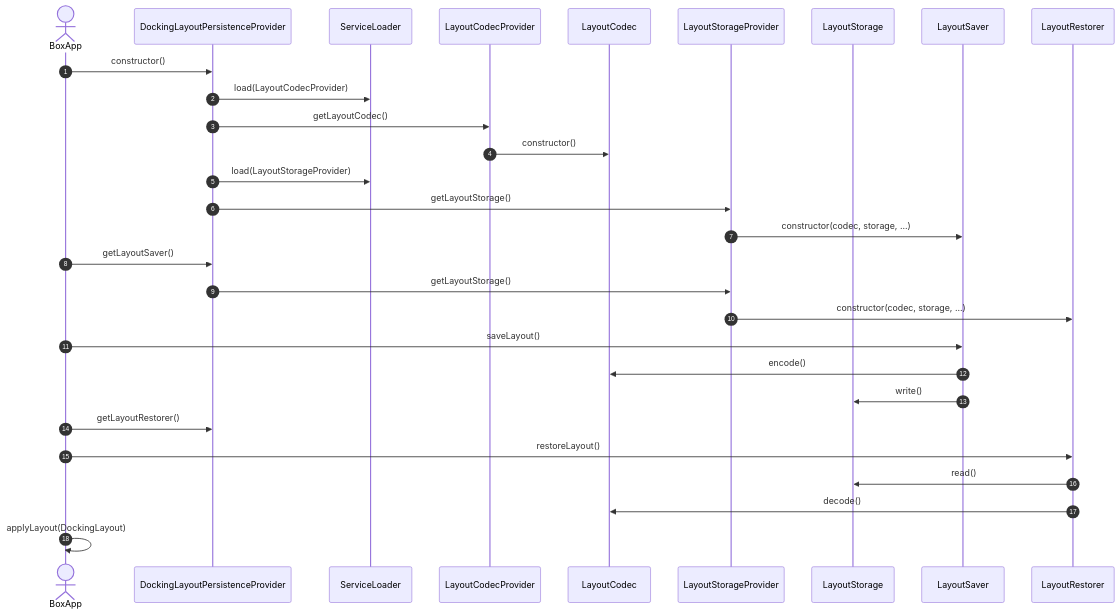
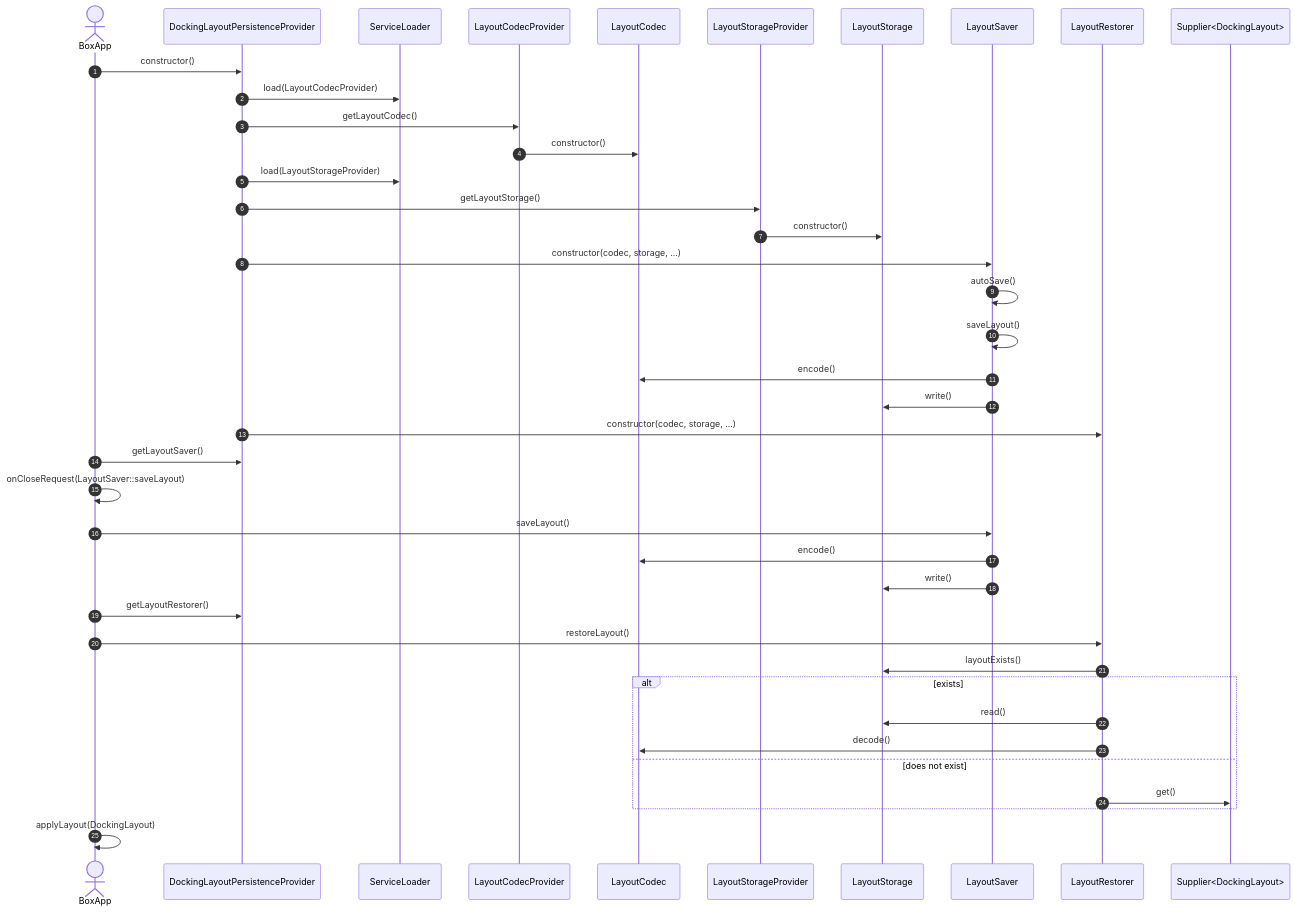
Before and after one commit to philliplbryant/BentoFX: the first of 2 diagrams in assets/docking-layout-persistence-diagrams.md, drawn with Mermaid.

Commit message:
BENTO-13: * Update design docs to indicate auto saving and restoring default layout.

````diff
--- a/assets/docking-layout-persistence-diagrams.md
+++ b/assets/docking-layout-persistence-diagrams.md
@@ -5,34 +5,46 @@
 ```mermaid
 sequenceDiagram
     autonumber
     actor BoxApp
     participant persistenceProvider as DockingLayoutPersistenceProvider
     participant serviceLoader as ServiceLoader
     participant codecProvider as LayoutCodecProvider
     participant codec as LayoutCodec
     participant storageProvider as LayoutStorageProvider
     participant storage as LayoutStorage
     participant layoutSaver as LayoutSaver
     participant layoutRestorer as LayoutRestorer
+    participant supplier as Supplier<DockingLayout>
 
     BoxApp->>persistenceProvider: constructor()
     persistenceProvider->>serviceLoader: load(LayoutCodecProvider)
     persistenceProvider->>codecProvider: getLayoutCodec()
     codecProvider->>codec:constructor()
     persistenceProvider->>serviceLoader: load(LayoutStorageProvider)
     persistenceProvider->>storageProvider: getLayoutStorage()
-    storageProvider->>layoutSaver:constructor(codec, storage, ...)
+    storageProvider->>storage:constructor()
+    persistenceProvider->>layoutSaver:constructor(codec, storage, ...)
+    layoutSaver->>layoutSaver:autoSave()
+    layoutSaver->>layoutSaver:saveLayout()
+    layoutSaver->>codec:encode()
+    layoutSaver->>storage:write()
+    persistenceProvider->>layoutRestorer:constructor(codec, storage, ...)
 
     BoxApp->>persistenceProvider:getLayoutSaver()
-    persistenceProvider->>storageProvider: getLayoutStorage()
-    storageProvider->>layoutRestorer:constructor(codec, storage, ...)
+    BoxApp->>BoxApp:onCloseRequest(LayoutSaver::saveLayout)
     BoxApp->>layoutSaver:saveLayout()
     layoutSaver->>codec:encode()
     layoutSaver->>storage:write()
     
     BoxApp->>persistenceProvider:getLayoutRestorer()
     BoxApp->>layoutRestorer:restoreLayout()
-    layoutRestorer->>storage:read()
-    layoutRestorer->>codec:decode()
+    layoutRestorer->>storage:layoutExists()
+        alt exists
+            layoutRestorer->>storage:read()
+            layoutRestorer->>codec:decode()
+        else does not exist
+            layoutRestorer->>supplier:get()
+        end
     BoxApp->>BoxApp:applyLayout(DockingLayout)
+    
 ```
````
